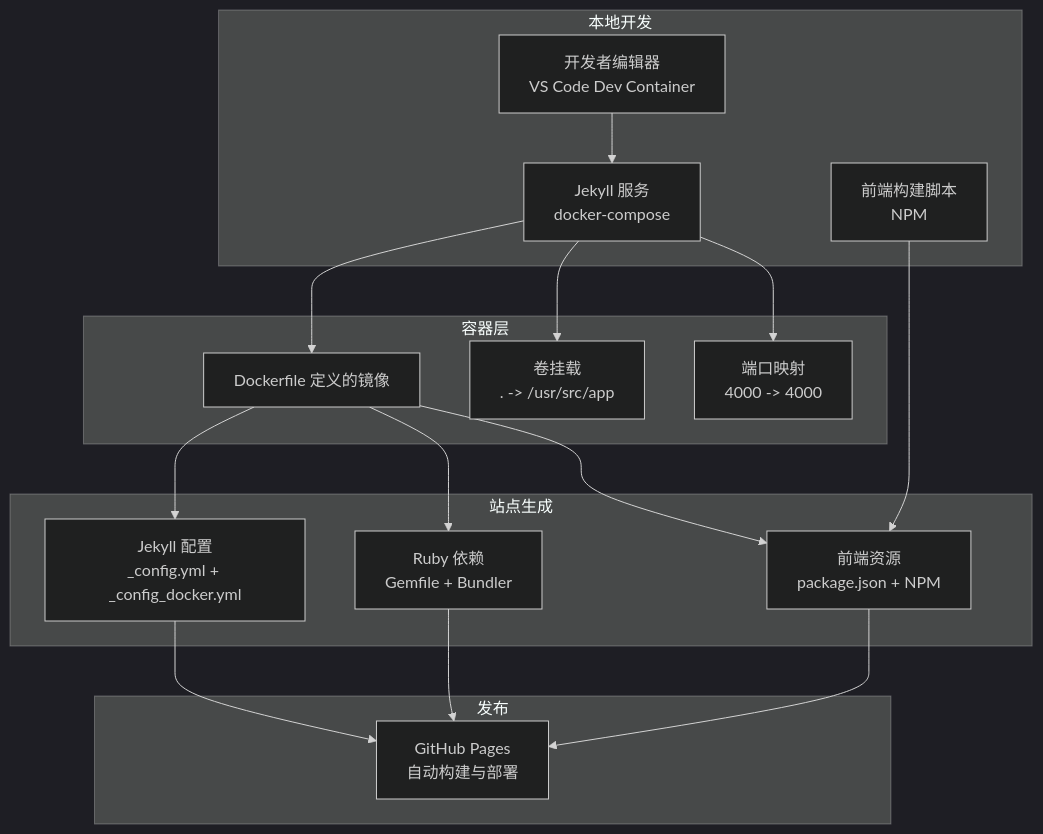
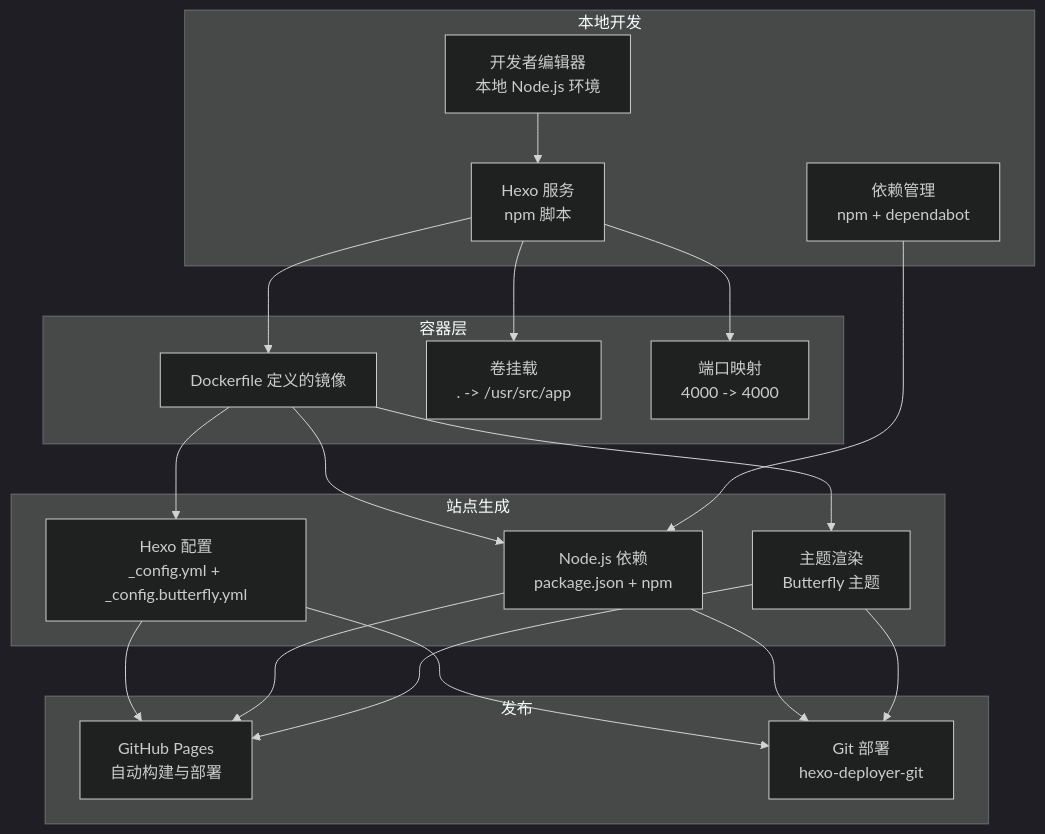
One commit to CoolPig0720/CoolPig0720.github.io changed the second of 6 diagrams in .qoder/repowiki/zh/content/部署和维护/部署和维护.md. Above: the diagram before and after it, drawn with Mermaid (dark theme). The commit also changed other lines of this file and 36 other files, not shown here.

````diff
--- a/.qoder/repowiki/zh/content/部署和维护/部署和维护.md
+++ b/.qoder/repowiki/zh/content/部署和维护/部署和维护.md
@@ -104,32 +104,36 @@
 ```mermaid
 graph TB
 subgraph "本地开发"
-L1["开发者编辑器<br/>VS Code Dev Container"]
-L2["Jekyll 服务<br/>docker-compose"]
-L3["前端构建脚本<br/>NPM"]
+L1["开发者编辑器<br/>本地 Node.js 环境"]
+L2["Hexo 服务<br/>npm 脚本"]
+L3["依赖管理<br/>npm + dependabot"]
 end
 subgraph "容器层"
 C1["Dockerfile 定义的镜像"]
 C2["卷挂载<br/>. -> /usr/src/app"]
 C3["端口映射<br/>4000 -> 4000"]
 end
 subgraph "站点生成"
-S1["Jekyll 配置<br/>_config.yml + _config_docker.yml"]
-S2["Ruby 依赖<br/>Gemfile + Bundler"]
-S3["前端资源<br/>package.json + NPM"]
+S1["Hexo 配置<br/>_config.yml + _config.butterfly.yml"]
+S2["Node.js 依赖<br/>package.json + npm"]
+S3["主题渲染<br/>Butterfly 主题"]
 end
 subgraph "发布"
 P1["GitHub Pages<br/>自动构建与部署"]
+P2["Git 部署<br/>hexo-deployer-git"]
 end
 L1 --> L2
 L2 --> C1
 L2 --> C2
 L2 --> C3
 C1 --> S1
 C1 --> S2
 C1 --> S3
 S1 --> P1
 S2 --> P1
 S3 --> P1
-L3 --> S3
+S1 --> P2
+S2 --> P2
+S3 --> P2
+L3 --> S2
 ```
````
